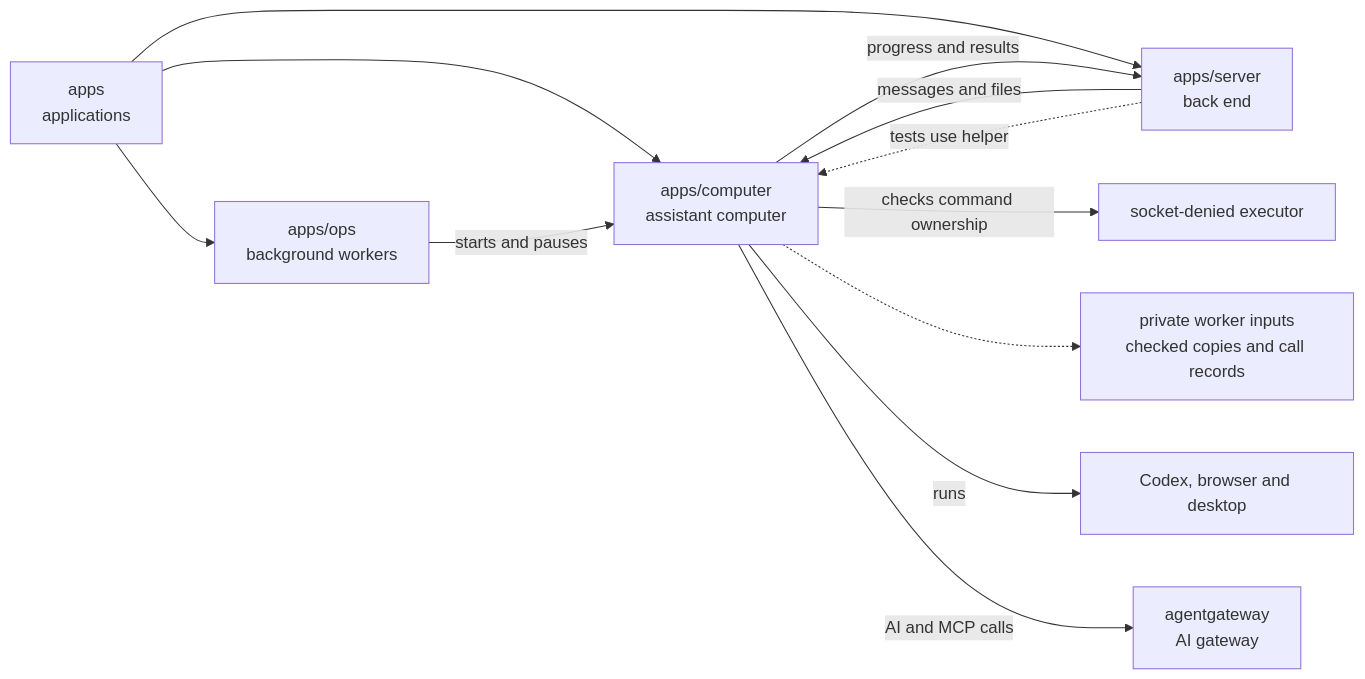
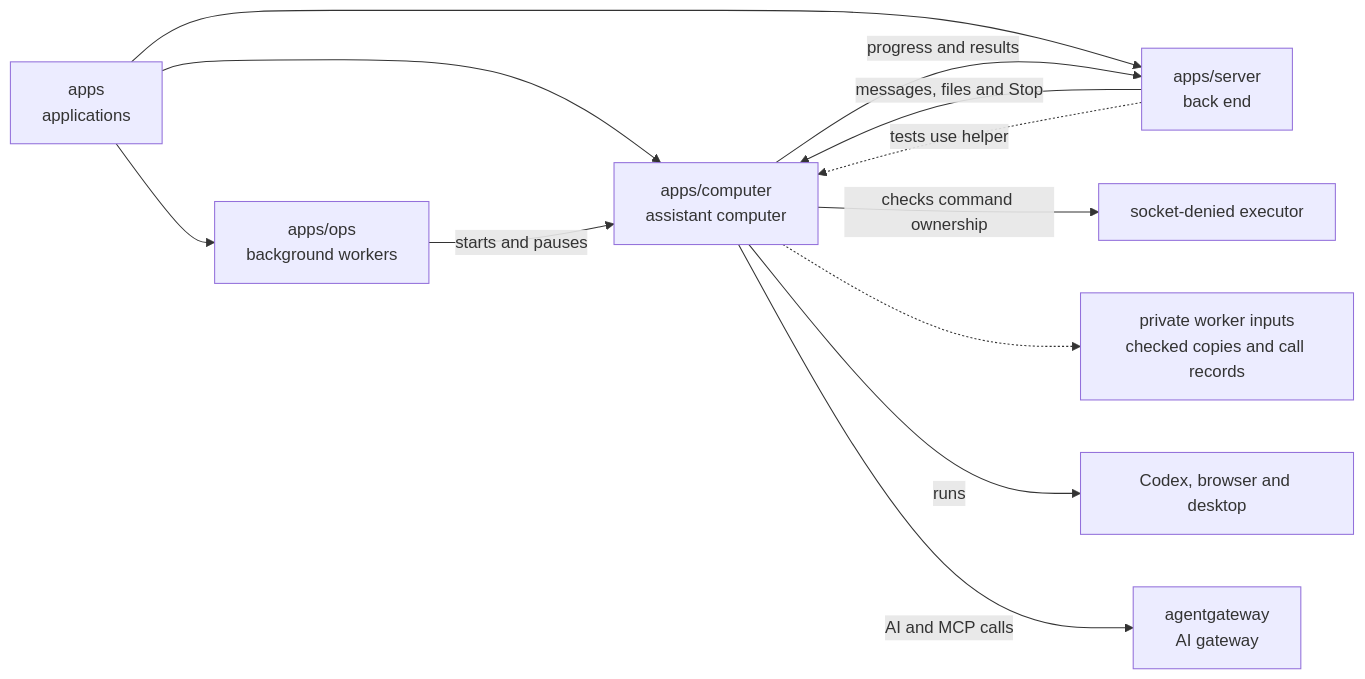
Before and after one commit to elewa-git/opencrane-new: the diagram in apps/computer/README.md, drawn with Mermaid. The commit also changed other lines of this file and 6 other files, not shown here.

````diff
--- a/apps/computer/README.md
+++ b/apps/computer/README.md
@@ -16,14 +16,14 @@
 ```mermaid
 flowchart LR
   apps["apps<br/>applications"] --> computer["apps/computer<br/>assistant computer"]
   apps --> ops["apps/ops<br/>background workers"]
   apps --> server["apps/server<br/>back end"]
   ops -->|starts and pauses| computer
-  server -->|messages and files| computer
+  server -->|messages, files and Stop| computer
   server -.->|tests use helper| computer
   computer -->|progress and results| server
   computer -->|checks command ownership| executor["socket-denied executor"]
   computer -.-> registrations["private worker inputs<br/>checked copies and call records"]
   computer -->|runs| desktop["Codex, browser and desktop"]
   computer -->|AI and MCP calls| gateway["agentgateway<br/>AI gateway"]
 ```
````
